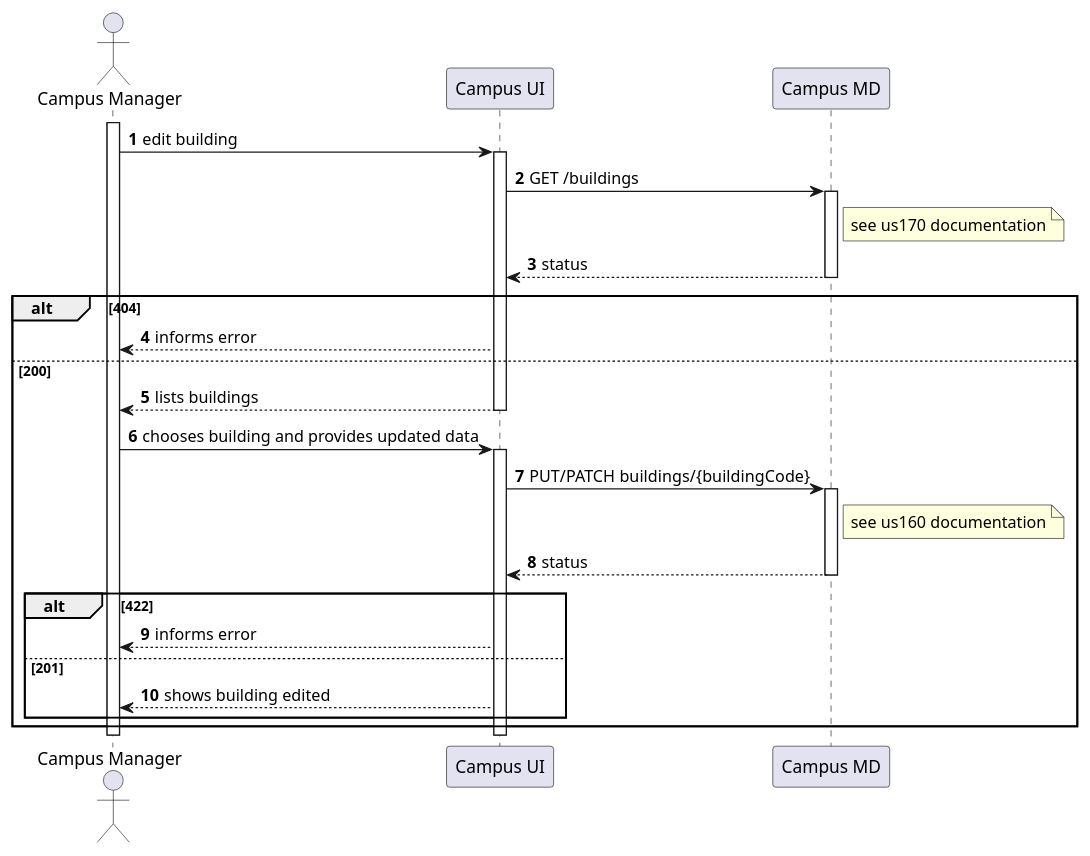
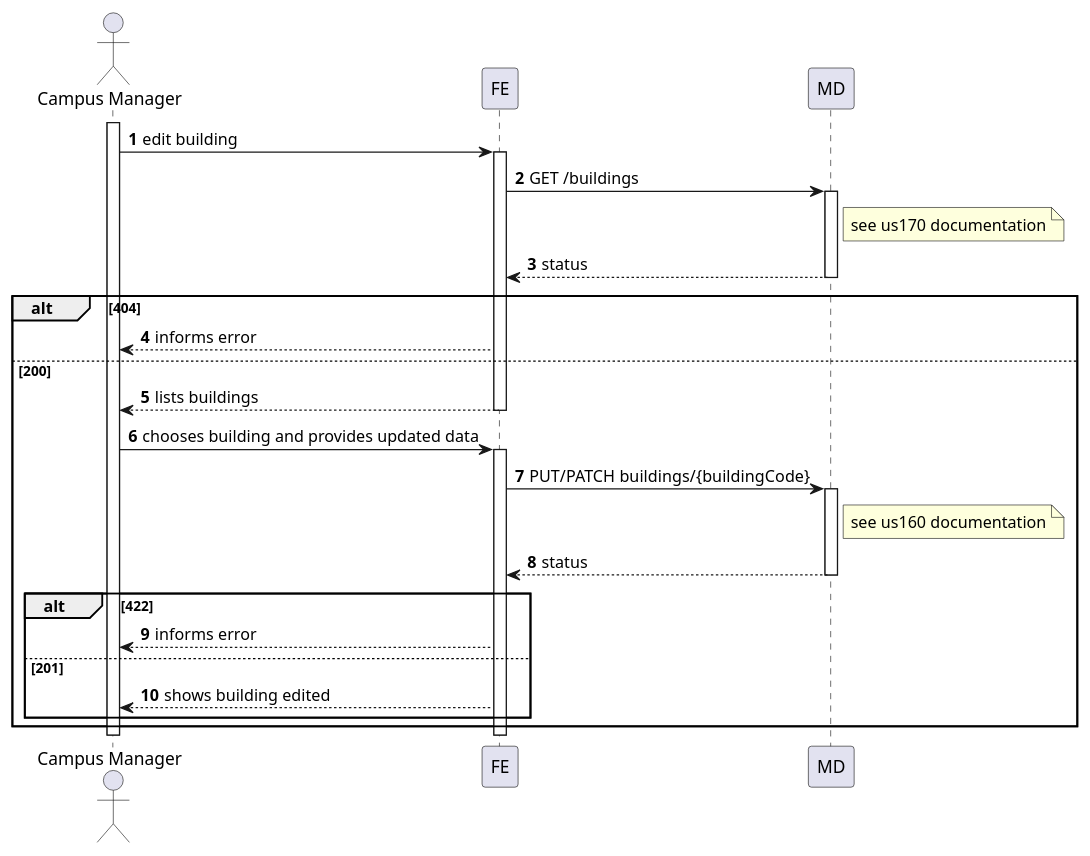
One commit to Departamento-de-Engenharia-Informatica/lapr5-23-24-g19 changed the diagram in docs/us1070/level2/process-view.puml. Above: the diagram before and after it, drawn with PlantUML. The commit also changed 17 other files, not shown here.

```diff
--- a/docs/us1070/level2/process-view.puml
+++ b/docs/us1070/level2/process-view.puml
@@ -1,39 +1,39 @@
 @startuml
 autonumber
 
 actor "Campus Manager" as usr
 
-participant "Campus UI" as ui
-participant "Campus MD" as md
+participant "FE" as ui
+participant "MD" as md
 
 activate usr
     usr -> ui : edit building
     activate ui
         ui -> md : GET /buildings
             note right of md: see us170 documentation
             activate md
             md --> ui : status
             deactivate md
             alt 404
                 ui --> usr : informs error
             else 200
                 ui --> usr : lists buildings
     deactivate ui
 
     usr -> ui : chooses building and provides updated data
     activate ui
         ui -> md : PUT/PATCH buildings/{buildingCode}
             note right of md: see us160 documentation
             activate md
                 ui <-- md : status
             deactivate md
             alt 422
                 ui --> usr : informs error
             else 201
                 ui --> usr : shows building edited
             end
             end
     deactivate ui
 deactivate usr
 
 @enduml
```
